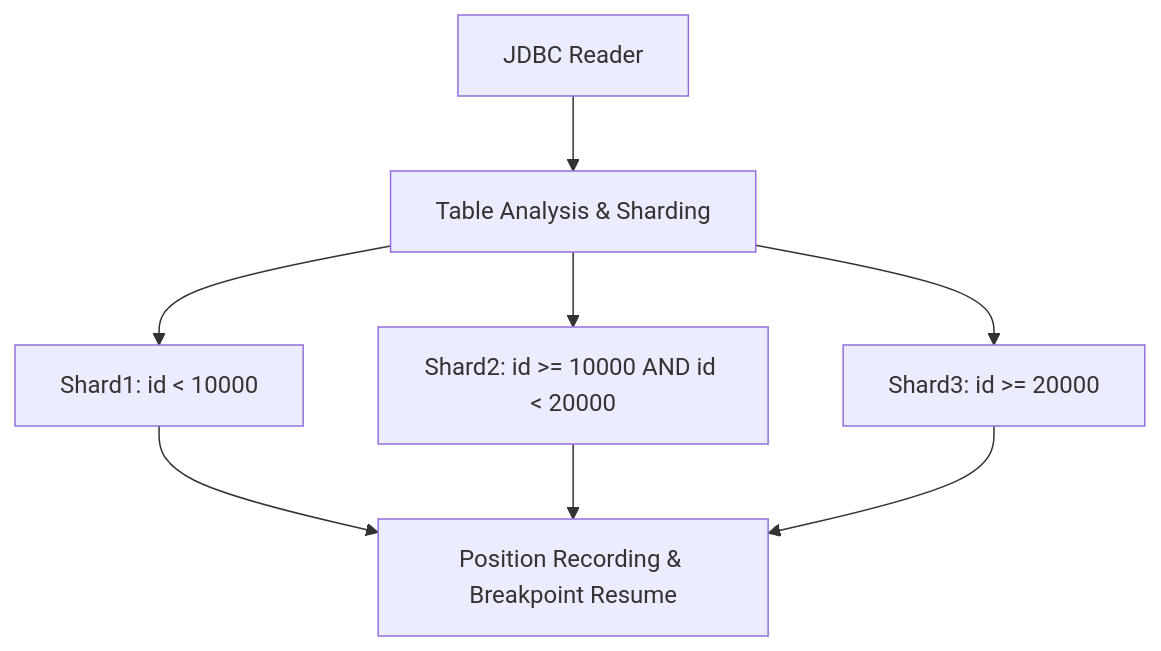
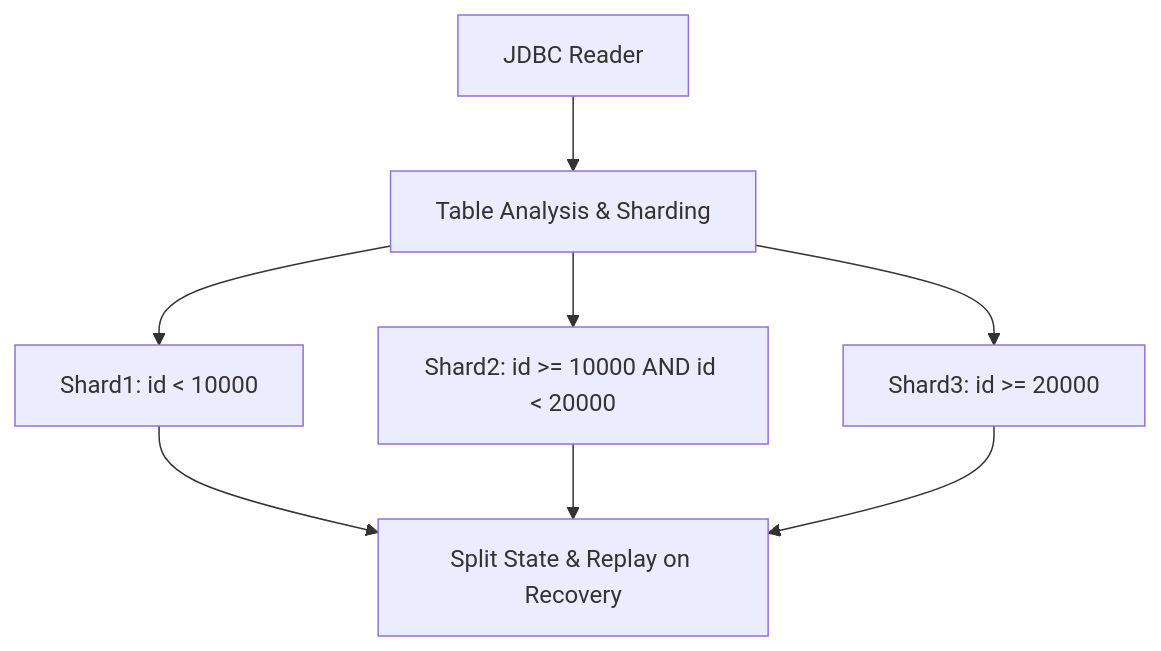
One commit to apache/seatunnel-website changed the fourth of 8 diagrams in blog/2026-07-25-seatunnel-zero-loss-zero-duplication-data-consistency.md. Above: the diagram before and after it, drawn with Mermaid. The commit also changed other lines of this file and 1 other file, not shown here.

````diff
--- a/blog/2026-07-25-seatunnel-zero-loss-zero-duplication-data-consistency.md
+++ b/blog/2026-07-25-seatunnel-zero-loss-zero-duplication-data-consistency.md
@@ -200,10 +207,10 @@
 ```mermaid
 graph TD
     A[JDBC Reader] --> B[Table Analysis & Sharding]
     B --> C1[Shard1: id < 10000]
     B --> C2[Shard2: id >= 10000 AND id < 20000]
     B --> C3[Shard3: id >= 20000]
-    C1 --> D[Position Recording & Breakpoint Resume]
+    C1 --> D[Split State & Replay on Recovery]
     C2 --> D
     C3 --> D
 ```
````
